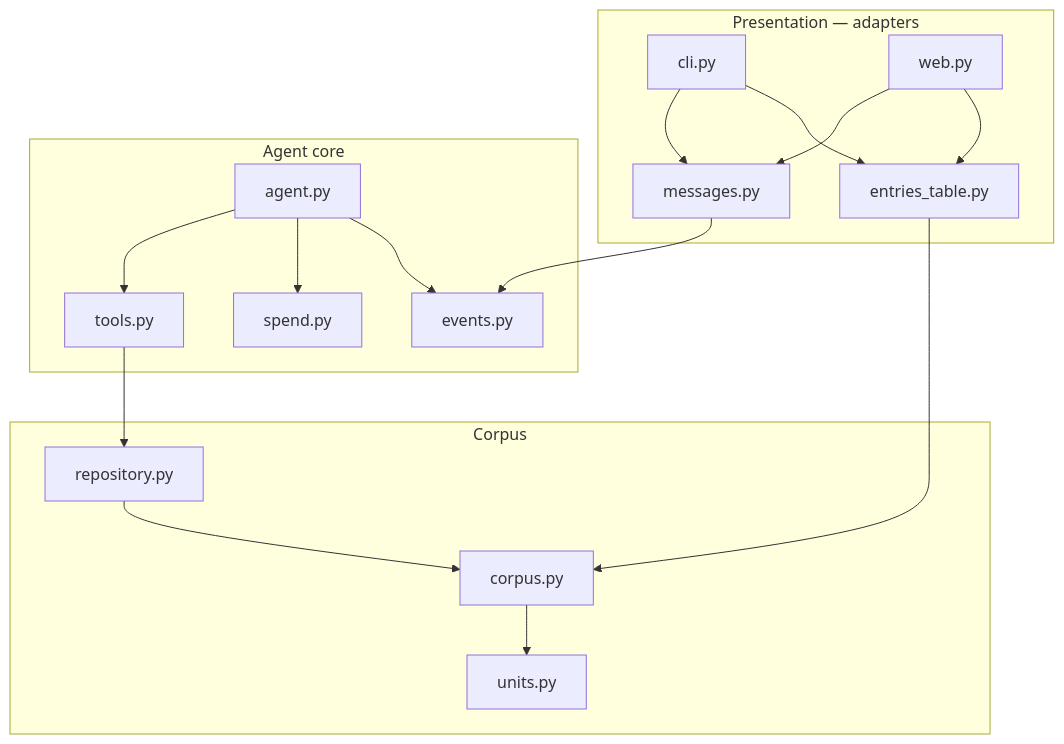
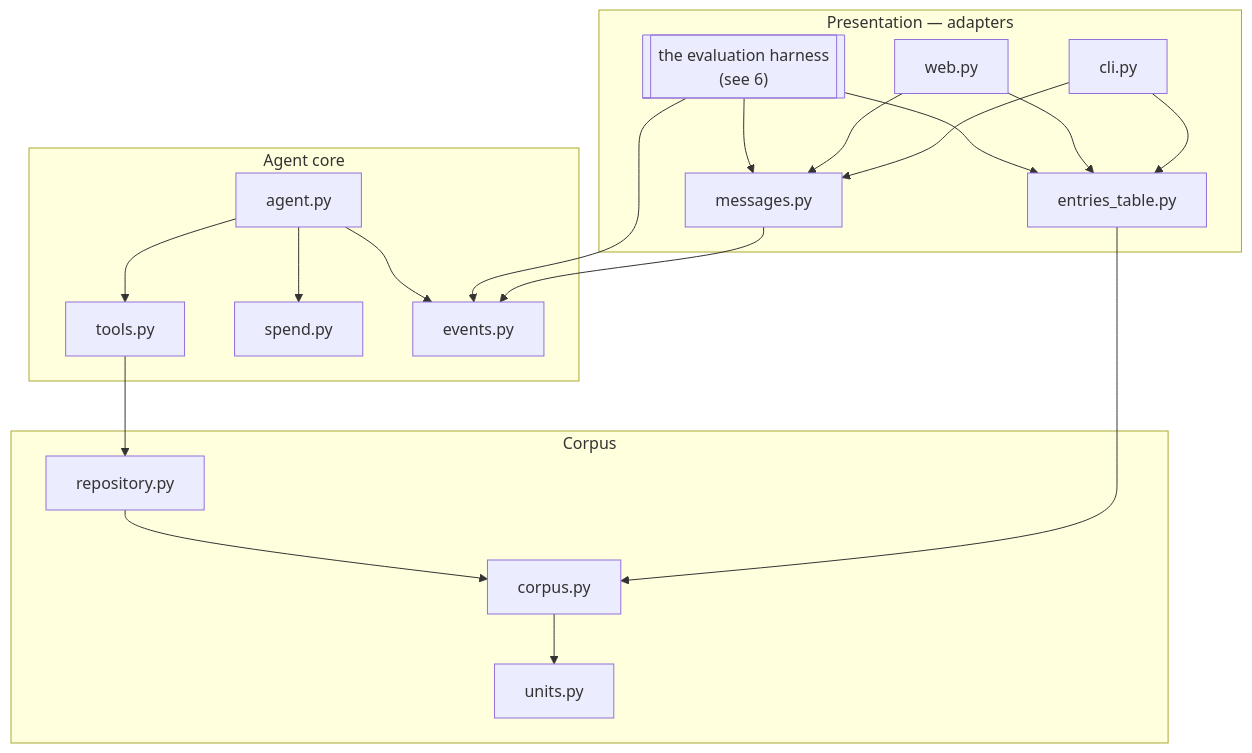
The third of 6 diagrams in docs/diagrams/architecture.md (DukeOfErl/Numera), drawn with Mermaid before and after one commit. The commit also changed other lines of this file and 7 other files, not shown here.

````diff
--- a/docs/diagrams/architecture.md
+++ b/docs/diagrams/architecture.md
@@ -89,33 +89,37 @@
 ```mermaid
 flowchart TB
     subgraph presentation["Presentation — adapters"]
         cli[cli.py]
         web[web.py]
+        harness[["the evaluation harness<br/>(see 6)"]]
         messages[messages.py]
         table[entries_table.py]
     end
     subgraph core["Agent core"]
         agent[agent.py]
         tools[tools.py]
         spend[spend.py]
         events[events.py]
     end
     subgraph data["Corpus"]
         corpus[corpus.py]
         repo[repository.py]
         units[units.py]
     end
 
     cli --> messages
     web --> messages
+    harness --> messages
     messages --> events
     cli --> table
     web --> table
+    harness --> table
     table --> corpus
+    harness --> events
     agent --> tools
     agent --> spend
     agent --> events
     tools --> repo
     repo --> corpus
     corpus --> units
 ```
````
